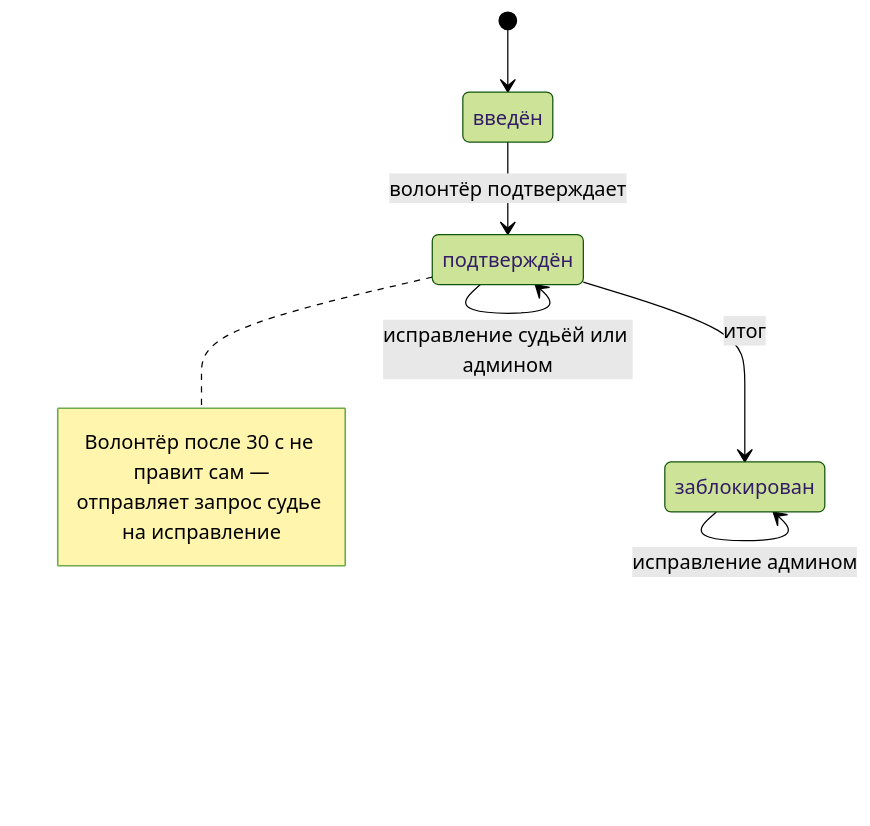
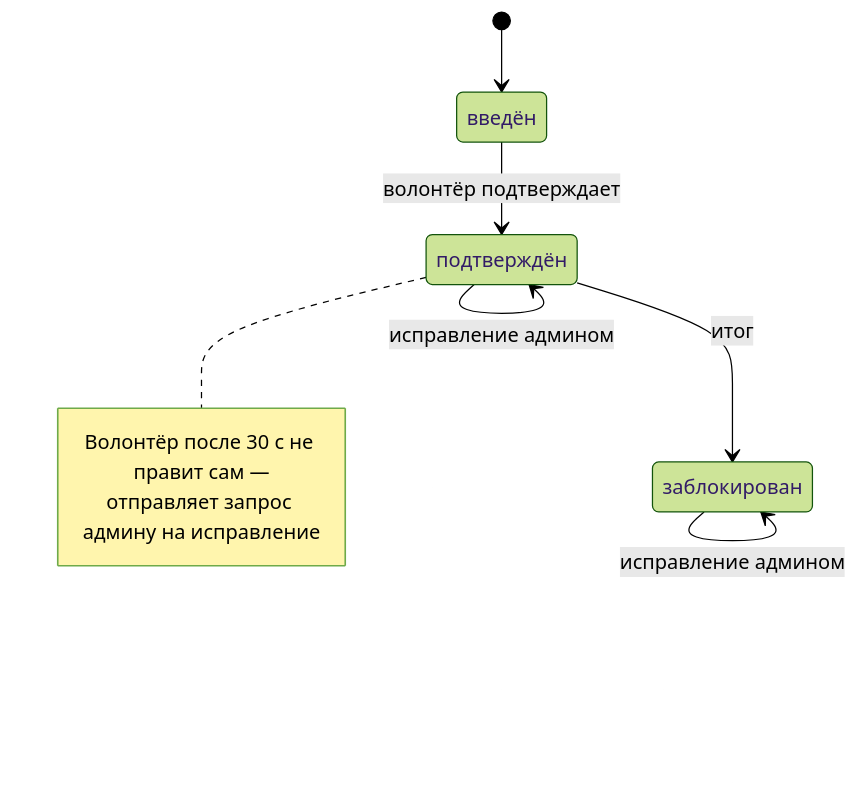
Before and after one commit to L0GIN0UT/Neurotlon: the eighth of 9 diagrams in docs/architecture.md, drawn with Mermaid (forest theme). The commit also changed other lines of this file and 2 other files, not shown here.

````diff
--- a/docs/architecture.md
+++ b/docs/architecture.md
@@ -242,15 +242,15 @@
 ```mermaid
 stateDiagram-v2
     state "введён" as entered
     state "подтверждён" as confirmed
     state "заблокирован" as locked
     [*] --> entered
     entered --> confirmed: волонтёр подтверждает
     confirmed --> locked: итог
-    confirmed --> confirmed: исправление судьёй или админом
+    confirmed --> confirmed: исправление админом
     locked --> locked: исправление админом
     note right of confirmed
         Волонтёр после 30 с не правит сам —
-        отправляет запрос судье на исправление
+        отправляет запрос админу на исправление
     end note
 ```
````
